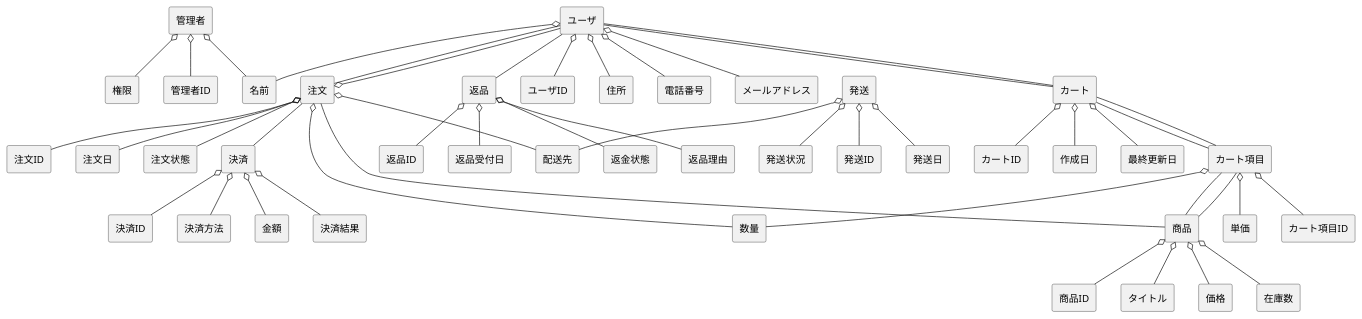
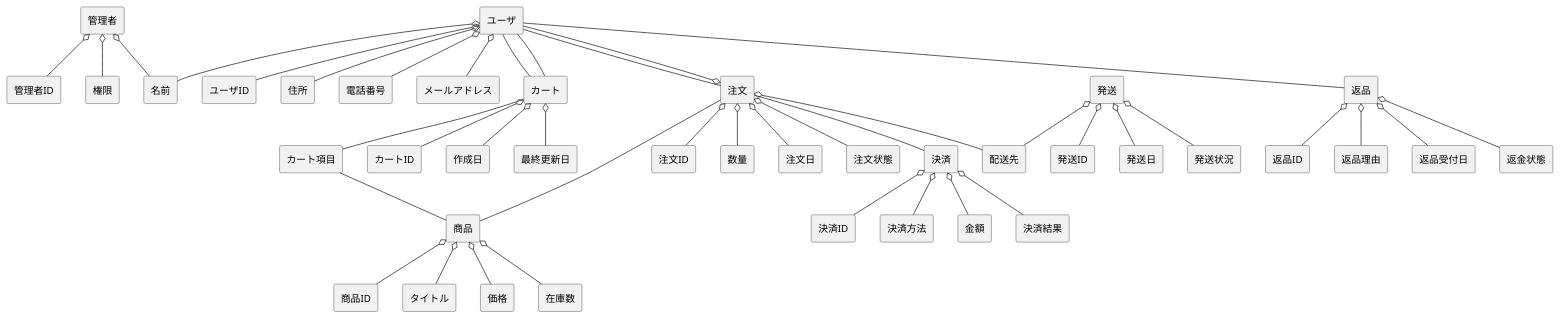
Before and after one commit to ghbuser12/ohara_uml: the diagram in BBshop/domain.pu, drawn with PlantUML.

```diff
--- a/BBshop/domain.pu
+++ b/BBshop/domain.pu
@@ -1,69 +1,64 @@
 @startuml BBショップドメインモデル図
 skinparam componentStyle rectangle
 
 ' ユーザ
 ' ユーザID、名前、住所、電話番号、メールアドレス
 [ユーザ] o-- [ユーザID]
 [ユーザ] o-- [名前]
 [ユーザ] o-- [住所]
 [ユーザ] o-- [電話番号]
 [ユーザ] o-- [メールアドレス]
 [ユーザ] -- [注文]
 [ユーザ] -- [返品]
 
 ' 商品
 ' 商品ID、タイトル、価格、在庫数
 [商品] o-- [商品ID]
 [商品] o-- [タイトル]
 [商品] o-- [価格]
 [商品] o-- [在庫数]
 ' 注文
 ' 注文ID、数量、注文日、配送先、注文状態
 [注文] o-- [注文ID]
 [注文] o-- [ユーザ]
 [注文] -- [商品]
 [注文] o-- [数量]
 [注文] o-- [注文日]
 [注文] o-- [配送先]
 [注文] o-- [注文状態]
 [注文] -- [決済]
 ' 決済
 ' 決済ID、決済方法、金額、決済結果
 [決済] o-- [決済ID]
 [決済] o-- [決済方法]
 [決済] o-- [金額]
 [決済] o-- [決済結果]
 ' 発送
 ' 発送ID、配送先、発送日、発送状況
 [発送] o-- [発送ID]
 [発送] o-- [配送先]
 [発送] o-- [発送日]
 [発送] o-- [発送状況]
 ' 返品
 ' 返品ID、返品理由、返品受付日、返金状態
 [返品] o-- [返品ID]
 [返品] o-- [返品理由]
 [返品] o-- [返品受付日]
 [返品] o-- [返金状態]
 ' 管理者
 ' 管理者ID、名前、権限
 [管理者] o-- [管理者ID]
 [管理者] o-- [名前]
 [管理者] o-- [権限]
 ' ===== カート機能の追加 =====
 [カート] o-- [カートID]
 [カート] o-- [作成日]
 [カート] o-- [最終更新日]
 [カート] -- [ユーザ]
-[カート] -- [カート項目]
 
-[カート項目] o-- [カート項目ID]
-[カート項目] o-- [数量]
-[カート項目] o-- [単価]
-[カート項目] -- [商品]
 
 ' 関連（わかりやすさのため明示）
 [ユーザ] -- [カート]
 [カート] -- [カート項目]
 [カート項目] -- [商品]
 @enduml
```
